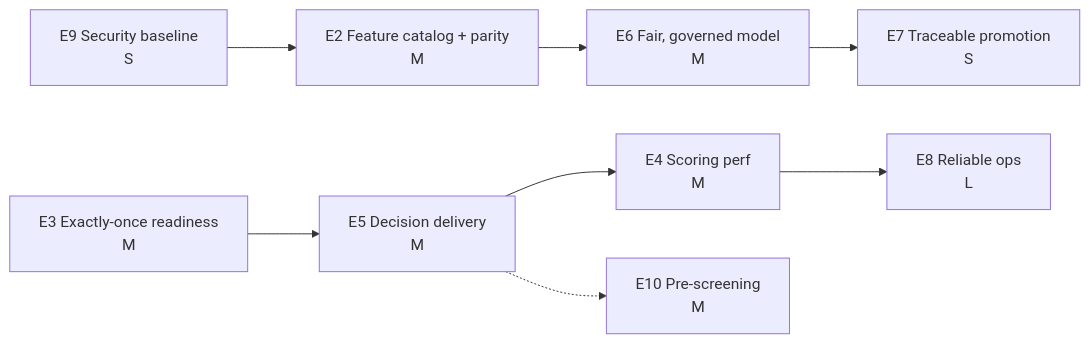
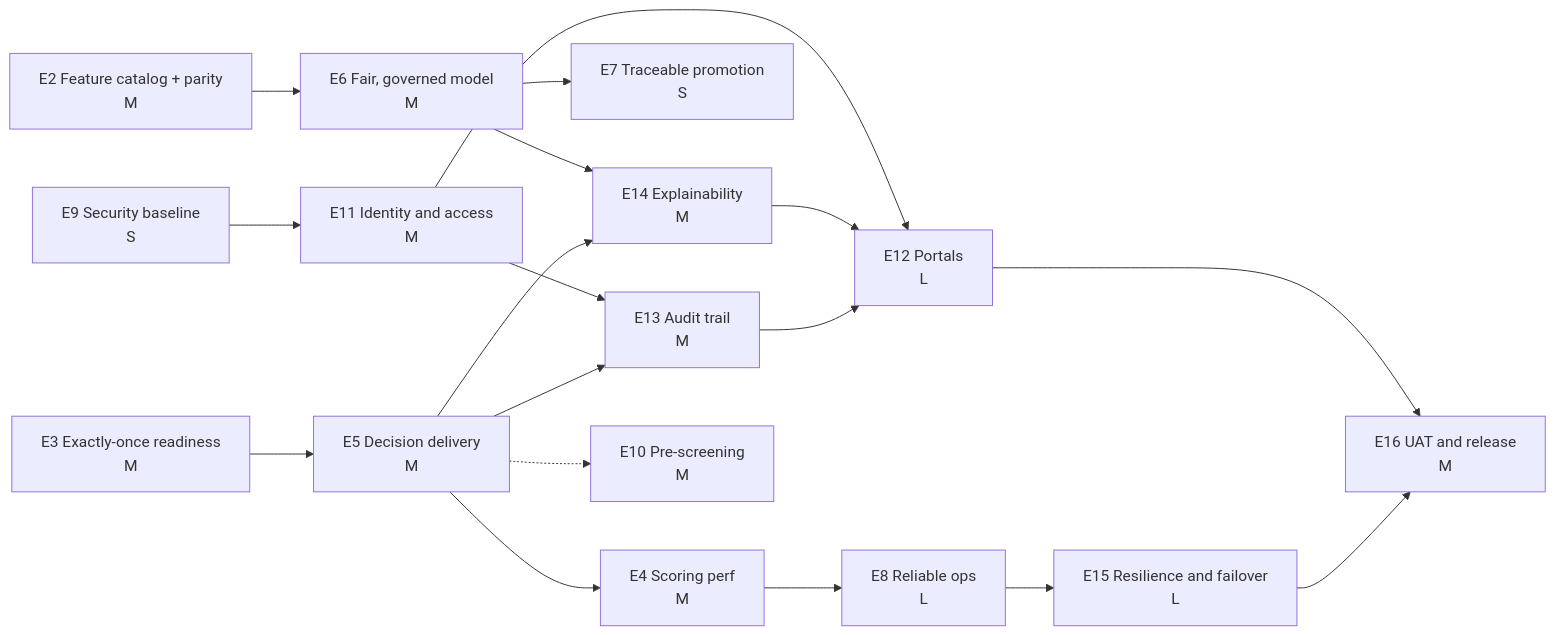
One commit to ngnquanq/credit-risk-ml-system changed the second of 2 diagrams in docs/02-product/epics.md. Above: the diagram before and after it, drawn with Mermaid. The commit also changed other lines of this file and 55 other files, not shown here.

First line of the commit message:
docs: plan release readiness (identity, portals, audit, XAI, failover, UAT)

````diff
--- a/docs/02-product/epics.md
+++ b/docs/02-product/epics.md
@@ -64,10 +84,20 @@
 ```mermaid
 flowchart LR
-    E9[E9 Security baseline<br/>S] --> E2
+    E9[E9 Security baseline<br/>S] --> E11[E11 Identity and access<br/>M]
     E2[E2 Feature catalog + parity<br/>M] --> E6[E6 Fair, governed model<br/>M]
     E3[E3 Exactly-once readiness<br/>M] --> E5[E5 Decision delivery<br/>M]
+    E6 --> E14[E14 Explainability<br/>M]
     E6 --> E7[E7 Traceable promotion<br/>S]
+    E11 --> E13[E13 Audit trail<br/>M]
+    E5 --> E13
+    E5 --> E14
+    E11 --> E12[E12 Portals<br/>L]
+    E14 --> E12
+    E13 --> E12
     E5 --> E4[E4 Scoring perf<br/>M]
     E4 --> E8[E8 Reliable ops<br/>L]
+    E8 --> E15[E15 Resilience and failover<br/>L]
+    E12 --> E16[E16 UAT and release<br/>M]
+    E15 --> E16
     E5 -.-> E10[E10 Pre-screening<br/>M]
 ```
````
